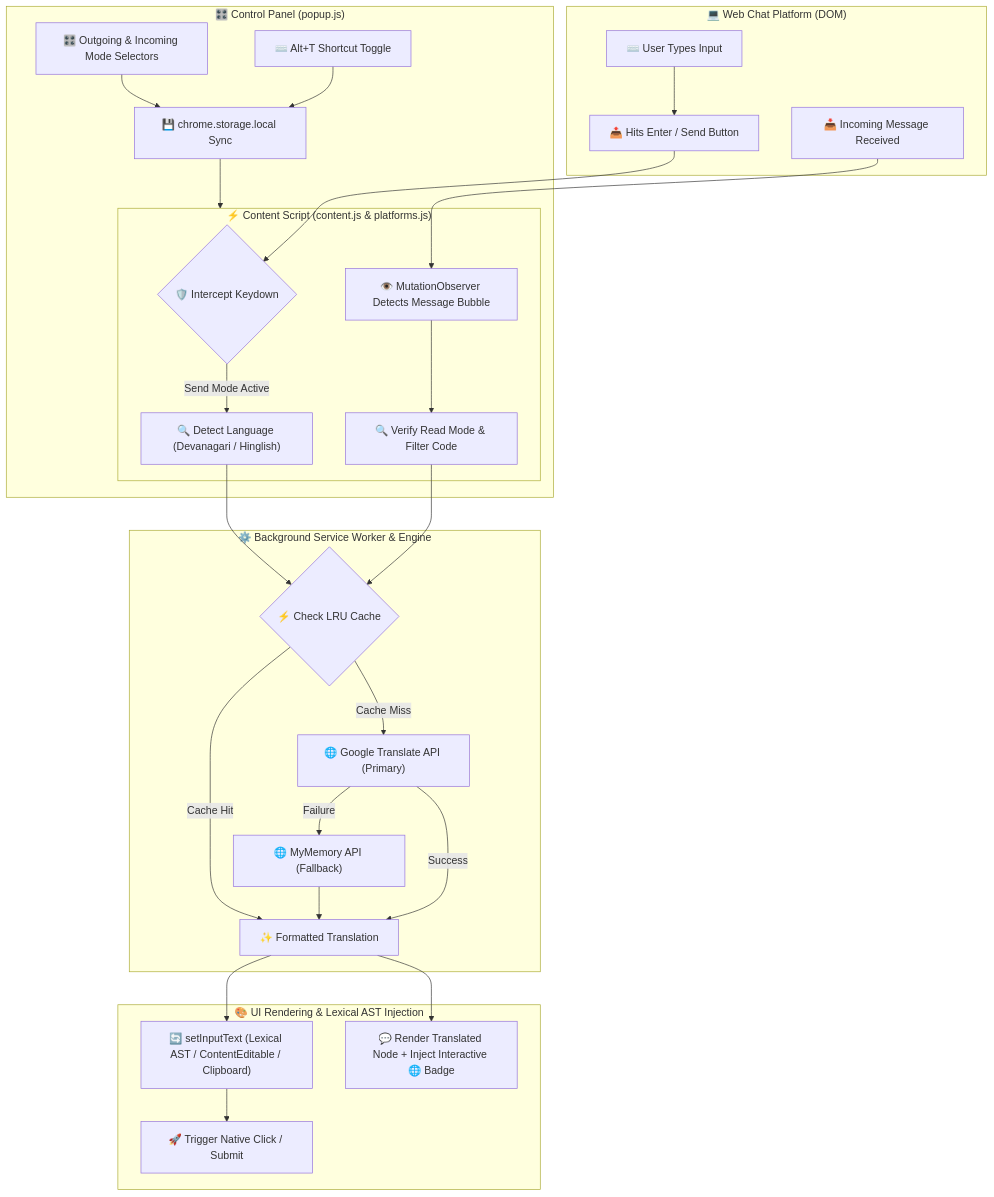
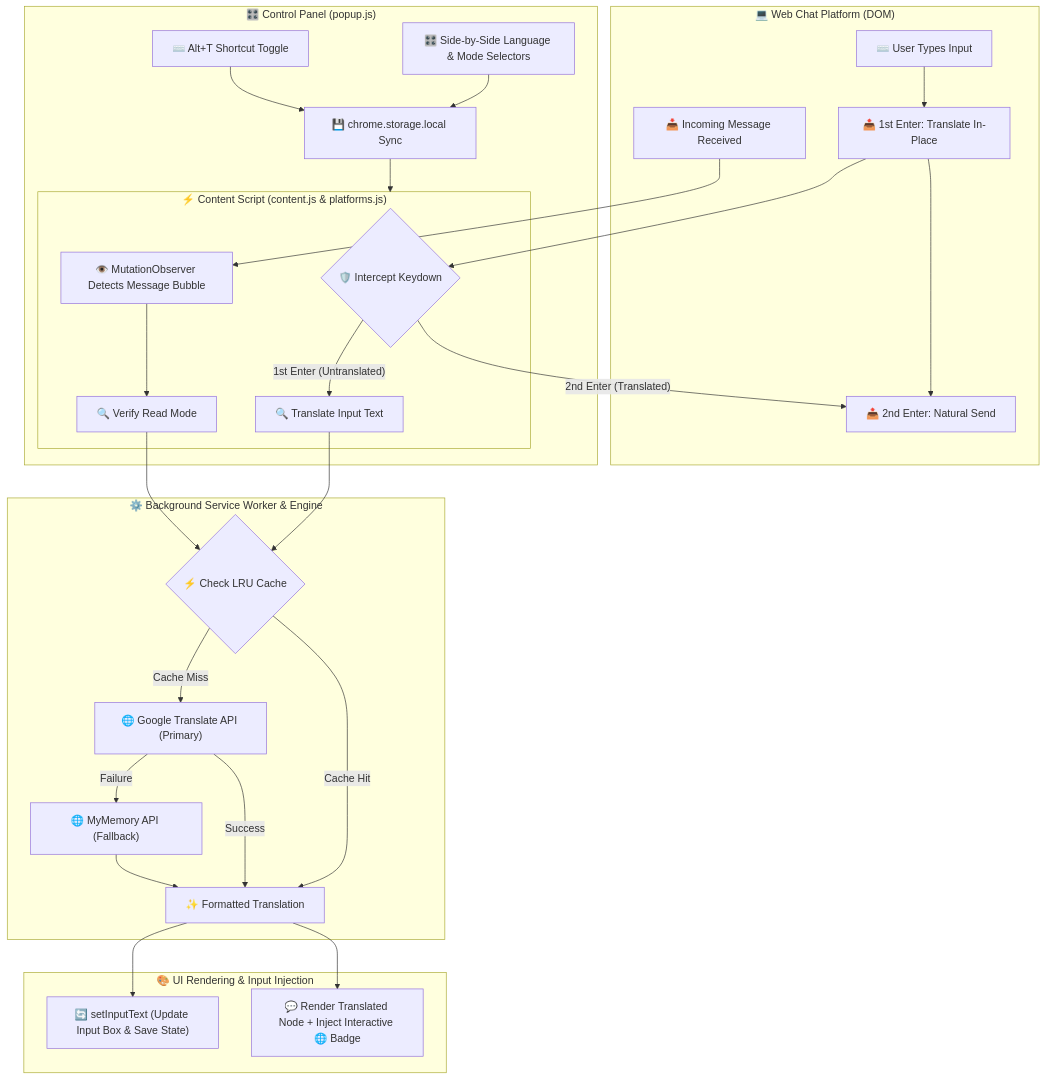
One commit to SINGH0883/TransNova changed the diagram in README.md. Above: the diagram before and after it, drawn with Mermaid. The commit also changed other lines of this file, not shown here.

Commit message:
Update README.md with 2-step Enter workflow, A-Z languages, mini flags, and developer credit

````diff
--- a/README.md
+++ b/README.md
@@ -49,36 +50,37 @@
 ```mermaid
 flowchart TD
     subgraph Client ["💻 Web Chat Platform (DOM)"]
-        A["⌨️ User Types Input"] --> B["📤 Hits Enter / Send Button"]
+        A["⌨️ User Types Input"] --> B["📤 1st Enter: Translate In-Place"]
+        B --> B2["📤 2nd Enter: Natural Send"]
         C["📥 Incoming Message Received"]
     end
 
     subgraph ContentScript ["⚡ Content Script (content.js & platforms.js)"]
         B --> D{"🛡️ Intercept Keydown"}
-        D -- "Send Mode Active" --> E["🔍 Detect Language (Devanagari / Hinglish)"]
+        D -- "1st Enter (Untranslated)" --> E["🔍 Translate Input Text"]
+        D -- "2nd Enter (Translated)" --> B2
         C --> F["👁️ MutationObserver Detects Message Bubble"]
-        F --> G["🔍 Verify Read Mode & Filter Code"]
+        F --> G["🔍 Verify Read Mode"]
     end
 
     subgraph BackgroundService ["⚙️ Background Service Worker & Engine"]
         E --> H{"⚡ Check LRU Cache"}
         G --> H
         H -- "Cache Hit" --> K["✨ Formatted Translation"]
         H -- "Cache Miss" --> I["🌐 Google Translate API (Primary)"]
         I -- "Failure" --> J["🌐 MyMemory API (Fallback)"]
         I -- "Success" --> K
         J --> K
     end
 
-    subgraph DOMUpdate ["🎨 UI Rendering & Lexical AST Injection"]
-        K --> L["🔄 setInputText (Lexical AST / ContentEditable / Clipboard)"]
+    subgraph DOMUpdate ["🎨 UI Rendering & Input Injection"]
+        K --> L["🔄 setInputText (Update Input Box & Save State)"]
         K --> M["💬 Render Translated Node + Inject Interactive 🌐 Badge"]
-        L --> N["🚀 Trigger Native Click / Submit"]
     end
 
     subgraph PopupControl ["🎛️ Control Panel (popup.js)"]
-        O["🎛️ Outgoing & Incoming Mode Selectors"] --> P["💾 chrome.storage.local Sync"]
+        O["🎛️ Side-by-Side Language & Mode Selectors"] --> P["💾 chrome.storage.local Sync"]
         Q["⌨️ Alt+T Shortcut Toggle"] --> P
         P --> ContentScript
     end
 ```
````
